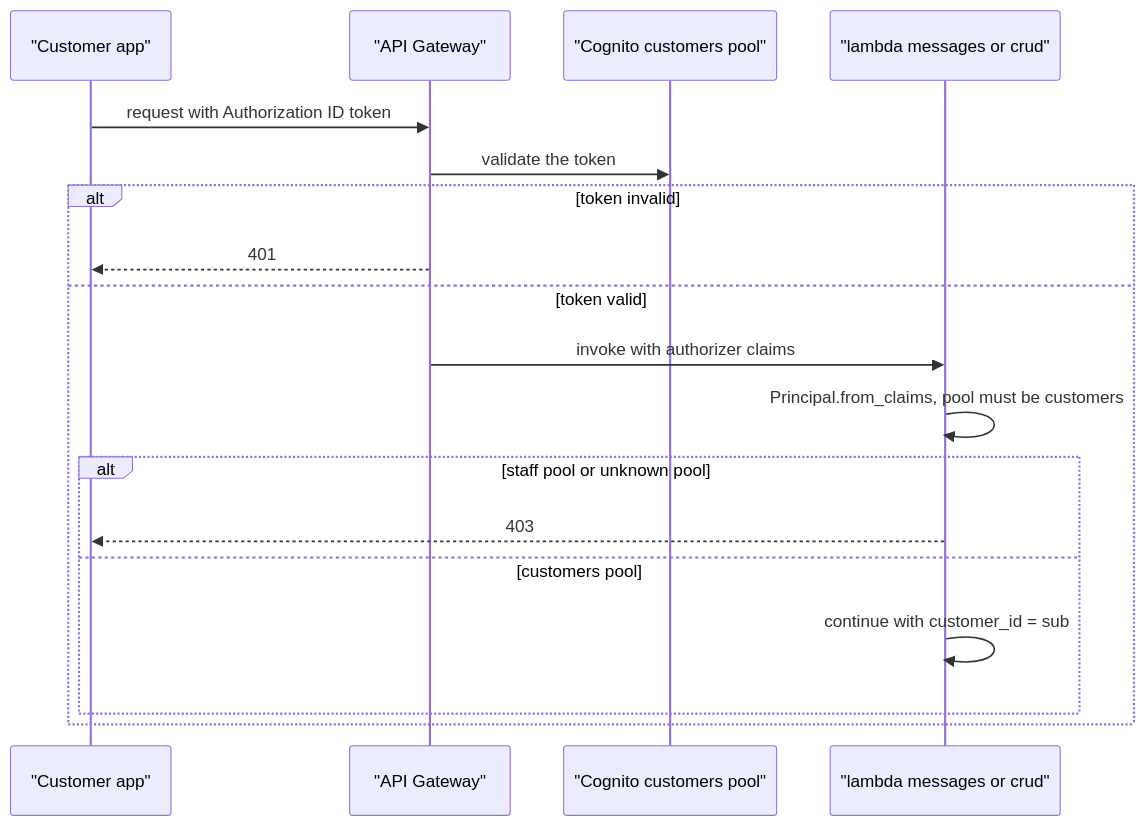
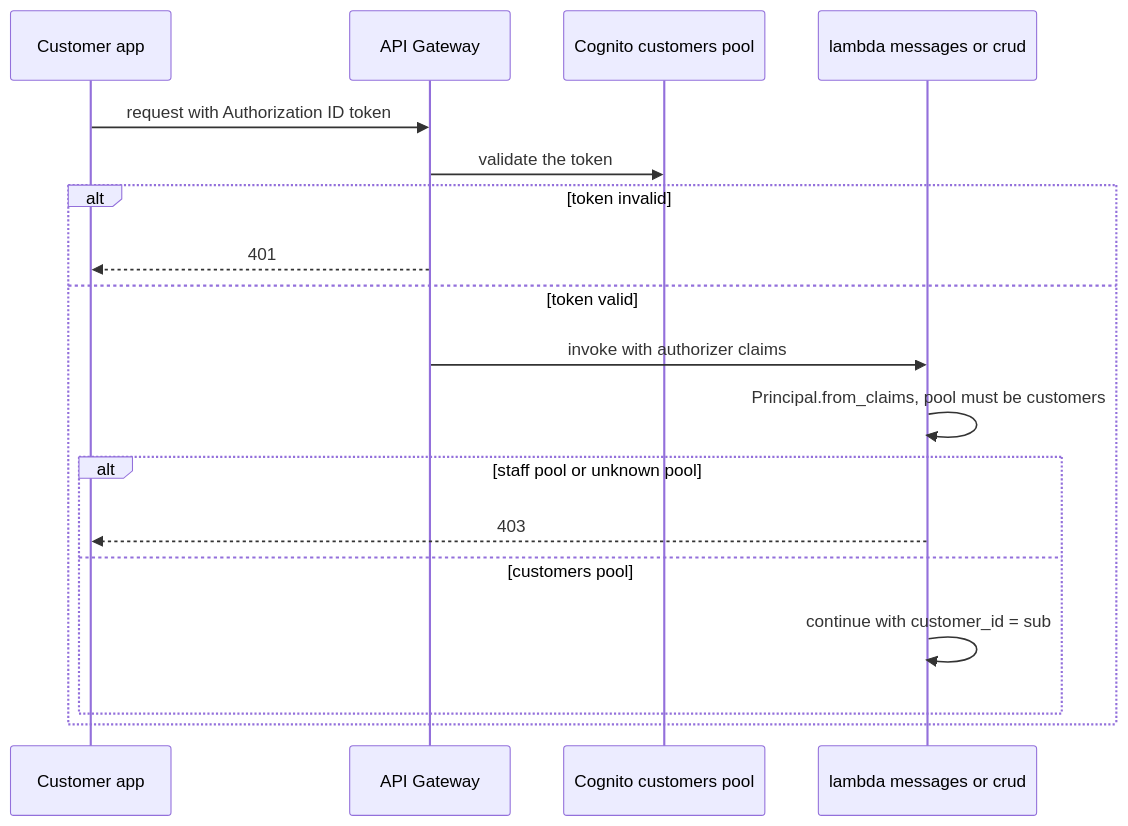
Before and after one commit to Team-ACGS/factored-hackathon-2026-acgs: the fifth of 7 diagrams in docs/modules/identity/flows.md, drawn with Mermaid. The commit also changed other lines of this file and 6 other files, not shown here.

Commit message:
docs(assistant,cases,data,identity,messaging): reviewer findings on flows and readme, round 2

````diff
--- a/docs/modules/identity/flows.md
+++ b/docs/modules/identity/flows.md
@@ -153,21 +153,21 @@
 ```mermaid
 sequenceDiagram
-    participant App as "Customer app"
-    participant GW as "API Gateway"
-    participant Cog as "Cognito customers pool"
-    participant L as "lambda messages or crud"
+    participant App as Customer app
+    participant GW as API Gateway
+    participant Cog as Cognito customers pool
+    participant L as lambda messages or crud
 
     App->>GW: request with Authorization ID token
     GW->>Cog: validate the token
     alt token invalid
         GW-->>App: 401
     else token valid
         GW->>L: invoke with authorizer claims
         L->>L: Principal.from_claims, pool must be customers
         alt staff pool or unknown pool
             L-->>App: 403
         else customers pool
             L->>L: continue with customer_id = sub
         end
     end
 ```
````
